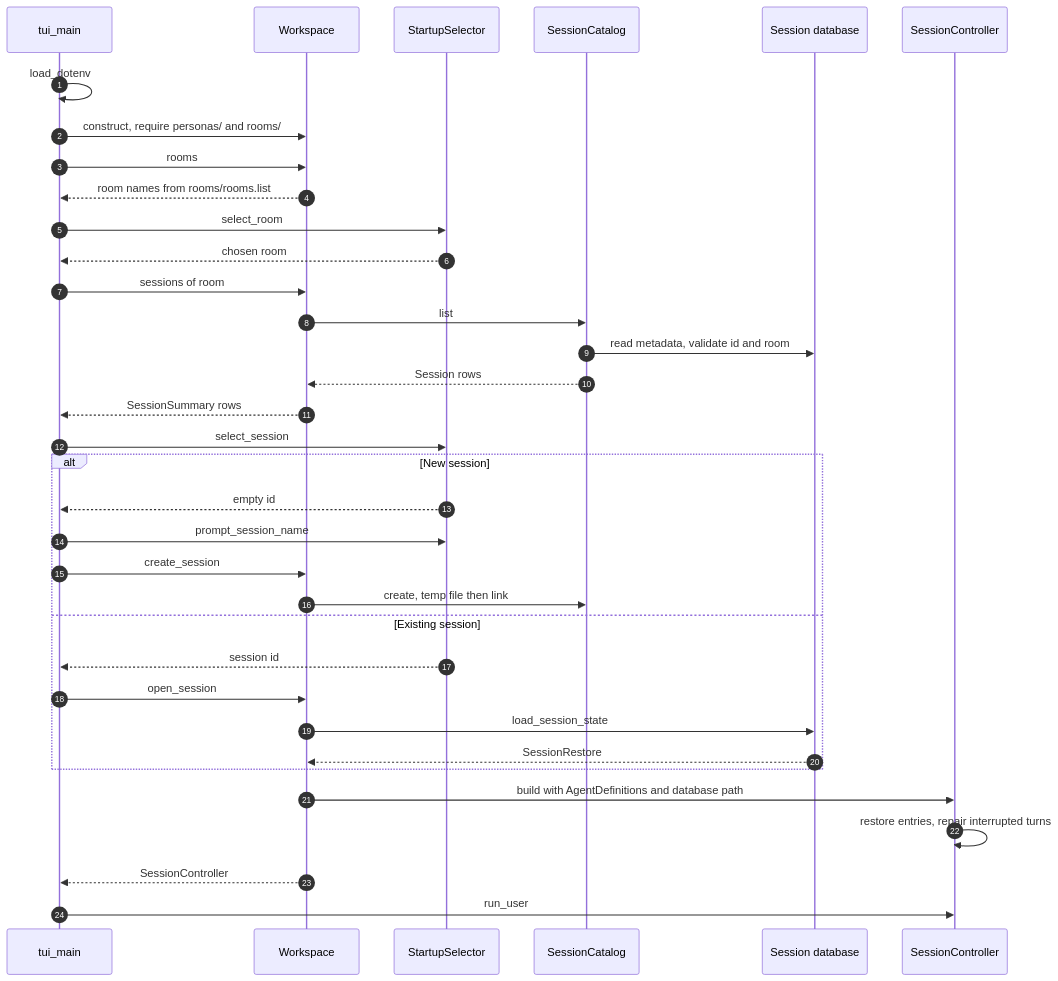
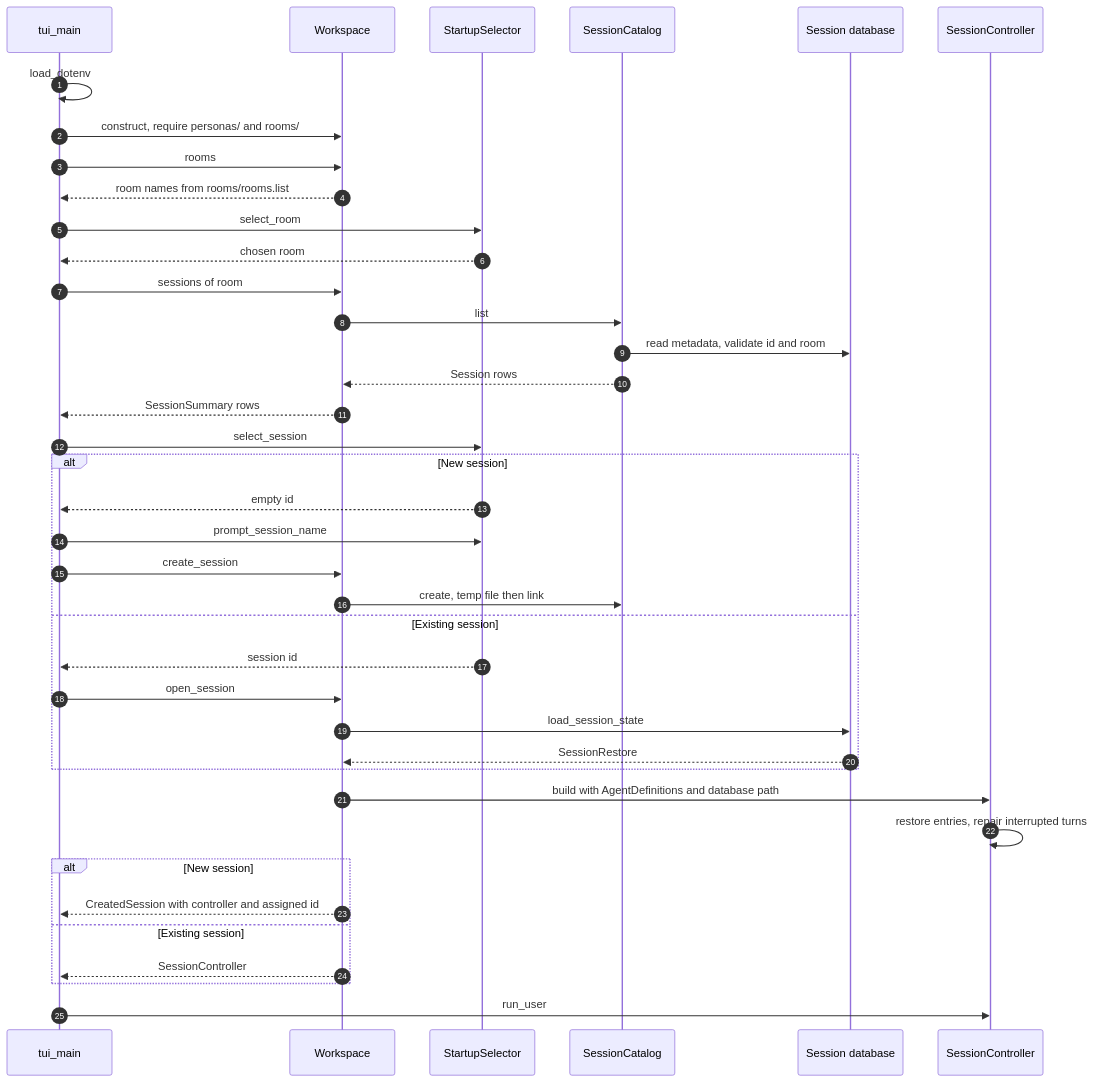
The second of 4 diagrams in src/README.md (michaelpopov/cha), drawn with Mermaid before and after one commit. The commit also changed 28 other files, not shown here.

````diff
--- a/src/README.md
+++ b/src/README.md
@@ -159,38 +159,42 @@
 ```mermaid
 sequenceDiagram
     autonumber
     participant main as tui_main
     participant ws as Workspace
     participant sel as StartupSelector
     participant cat as SessionCatalog
     participant db as Session database
     participant controller as SessionController
 
     main->>main: load_dotenv
     main->>ws: construct, require personas/ and rooms/
     main->>ws: rooms
     ws-->>main: room names from rooms/rooms.list
     main->>sel: select_room
     sel-->>main: chosen room
     main->>ws: sessions of room
     ws->>cat: list
     cat->>db: read metadata, validate id and room
     cat-->>ws: Session rows
     ws-->>main: SessionSummary rows
     main->>sel: select_session
     alt New session
         sel-->>main: empty id
         main->>sel: prompt_session_name
         main->>ws: create_session
         ws->>cat: create, temp file then link
     else Existing session
         sel-->>main: session id
         main->>ws: open_session
         ws->>db: load_session_state
         db-->>ws: SessionRestore
     end
     ws->>controller: build with AgentDefinitions and database path
     controller->>controller: restore entries, repair interrupted turns
-    ws-->>main: SessionController
+    alt New session
+        ws-->>main: CreatedSession with controller and assigned id
+    else Existing session
+        ws-->>main: SessionController
+    end
     main->>controller: run_user
 ```
````
